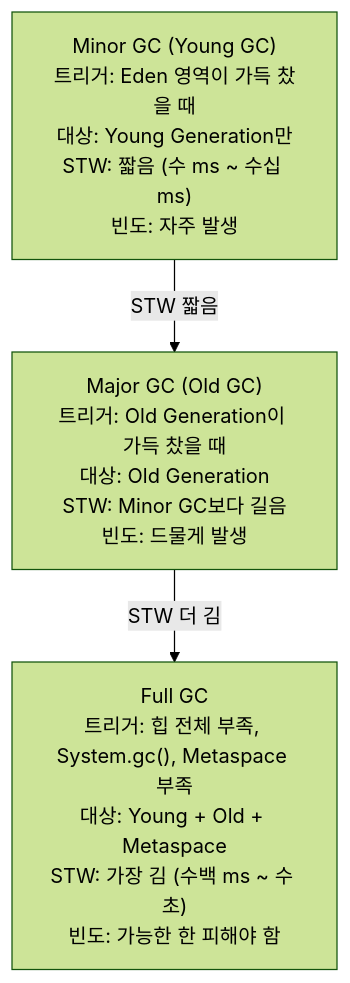
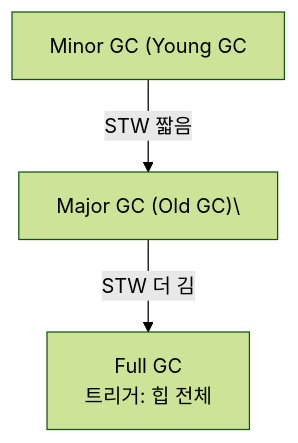
The ninth of 29 diagrams in _posts/java/2026-05-01-java-garbage-collector.md (yjkim2015/yjkim2015.github.io), drawn with Mermaid (forest theme) before and after one commit. The commit also changed other lines of this file and 271 other files, not shown here.

First line of the commit message:
Mermaid 라벨 축소: 긴 노드 텍스트 18자 이하로 트림 + \n 제거

````diff
--- a/_posts/java/2026-05-01-java-garbage-collector.md
+++ b/_posts/java/2026-05-01-java-garbage-collector.md
@@ -170,8 +170,8 @@
 ```mermaid
 graph TD
-    MinorGC["Minor GC (Young GC)\n트리거: Eden 영역이 가득 찼을 때\n대상: Young Generation만\nSTW: 짧음 (수 ms ~ 수십 ms)\n빈도: 자주 발생"]
-    MajorGC["Major GC (Old GC)\n트리거: Old Generation이 가득 찼을 때\n대상: Old Generation\nSTW: Minor GC보다 길음\n빈도: 드물게 발생"]
-    FullGC["Full GC\n트리거: 힙 전체 부족, System.gc(), Metaspace 부족\n대상: Young + Old + Metaspace\nSTW: 가장 김 (수백 ms ~ 수 초)\n빈도: 가능한 한 피해야 함"]
+    MinorGC["Minor GC (Young GC"]
+    MajorGC["Major GC (Old GC)\"]
+    FullGC["Full GC\n트리거: 힙 전체"]
     MinorGC -->|"STW 짧음"| MajorGC
     MajorGC -->|"STW 더 김"| FullGC
 ```
````
